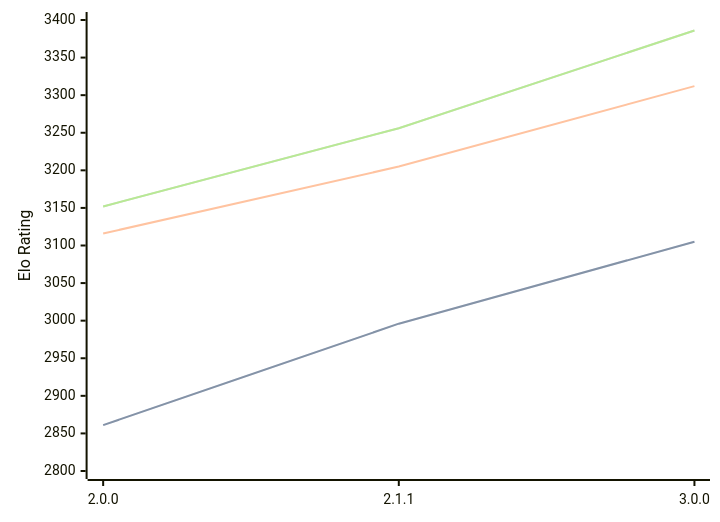
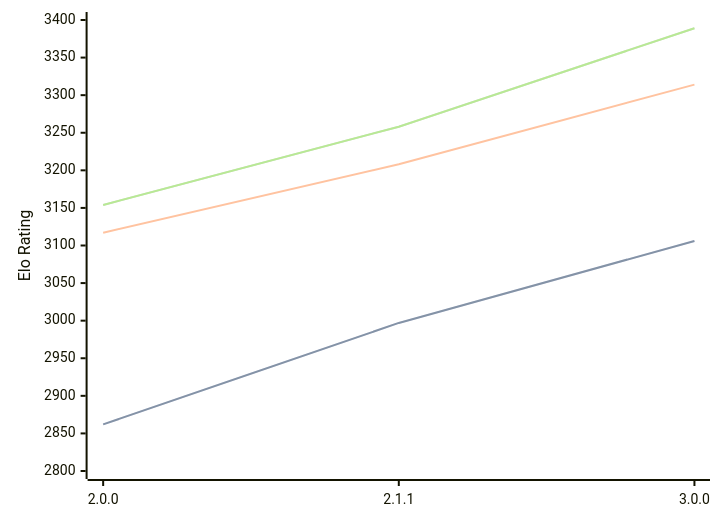
The diagram in engines/Bread.md (computer-chess-index/cci), drawn with Mermaid before and after one commit. The commit also changed other lines of this file, not shown here.

Commit message:
Update CCI Ratings (ELO VLTC) - 2026-09-01

````diff
--- a/engines/Bread.md
+++ b/engines/Bread.md
@@ -36,11 +36,11 @@
 ```mermaid
 %%{init: {"theme":"base","themeVariables":{"seriesColors:['#a3a3a3','#222221','#faa371']}}}%%
 xychart-beta
   x-axis ["2.0.0", "2.1.1", "3.0.0"]
   y-axis "Elo Rating" 2800 --> 3400
-  line "" [2861, 2996, 3105]
-  line "STC (8.0+0.08s)" [2861, 2996, 3105]
-  line "LTC (60.0+0.60s)" [3116, 3205, 3312]
-  line "" [3152, 3256, 3386]
-  line "VLTC (2m24s+1.12s)" [3152, 3256, 3386]
+  line "" [2862, 2997, 3106]
+  line "STC (8.0+0.08s)" [2862, 2997, 3106]
+  line "LTC (60.0+0.60s)" [3117, 3208, 3314]
+  line "" [3154, 3258, 3389]
+  line "VLTC (2m24s+1.12s)" [3154, 3258, 3389]
 ```
````
